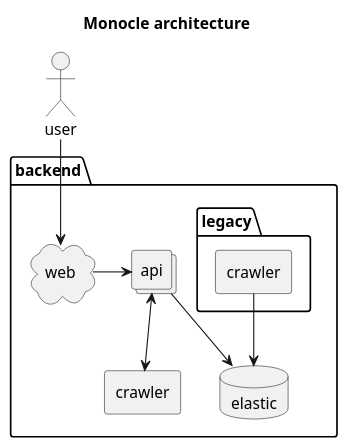
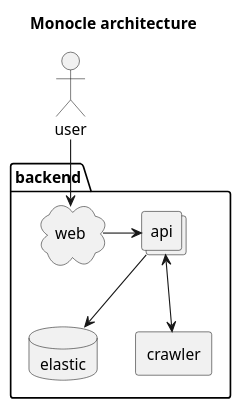
One commit to change-metrics/monocle changed the diagram in doc/architecture.plantuml. Above: the diagram before and after it, drawn with PlantUML. The commit also changed 2 other files, not shown here.

Commit message:
[Readme] removed references to crawler-legacy

```diff
--- a/doc/architecture.plantuml
+++ b/doc/architecture.plantuml
@@ -1,21 +1,16 @@
 @startuml
 title Monocle architecture
 
 package "backend" {
   database "elastic" as Datastore
   collections "api" as Api
   agent "crawler" as Worker
   cloud "web" as Proxy
-
-  package "legacy" {
-    agent "crawler" as LegacyWorker
-  }
 }
 actor user as User
 
 Api --> Datastore
 Api <--> Worker
 Proxy -> Api
 User --> Proxy
-LegacyWorker --> Datastore
 @enduml
```
